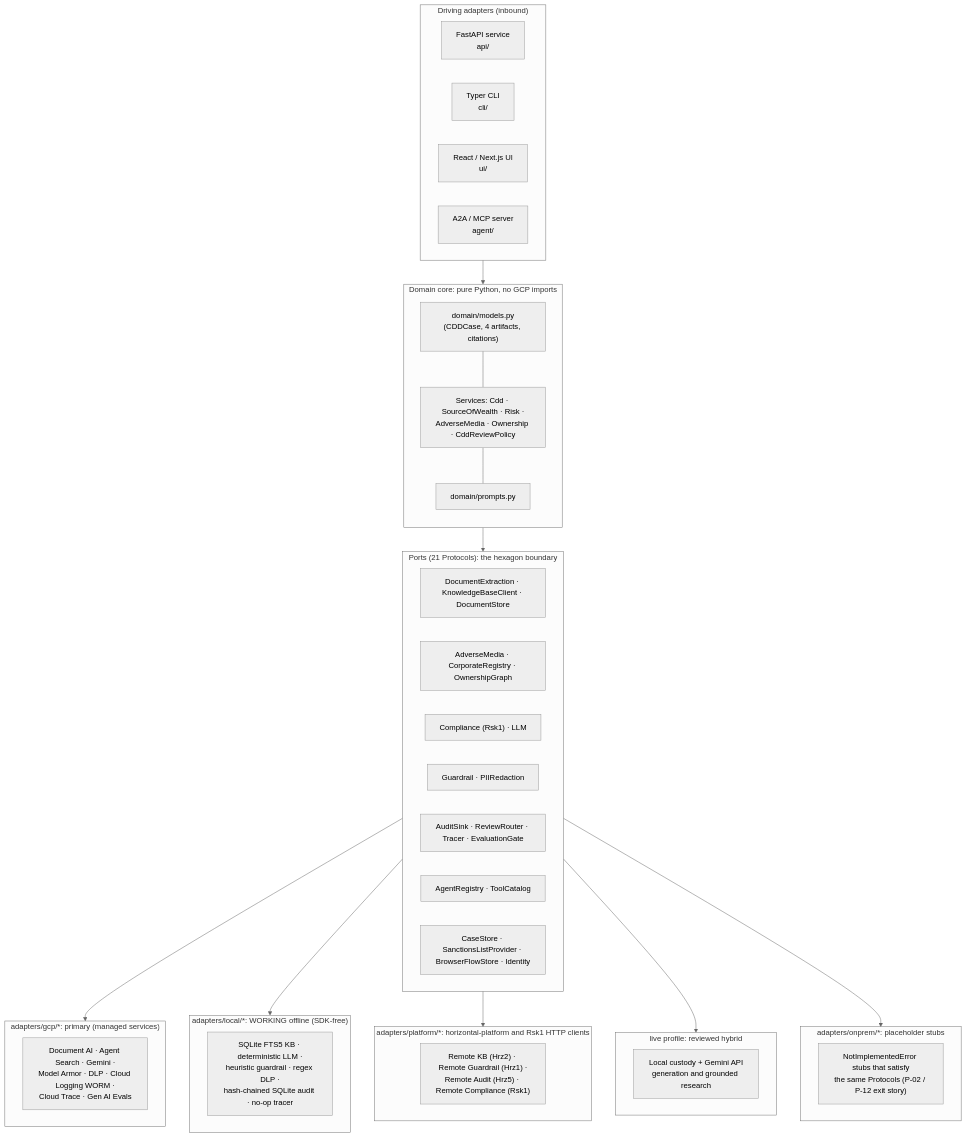
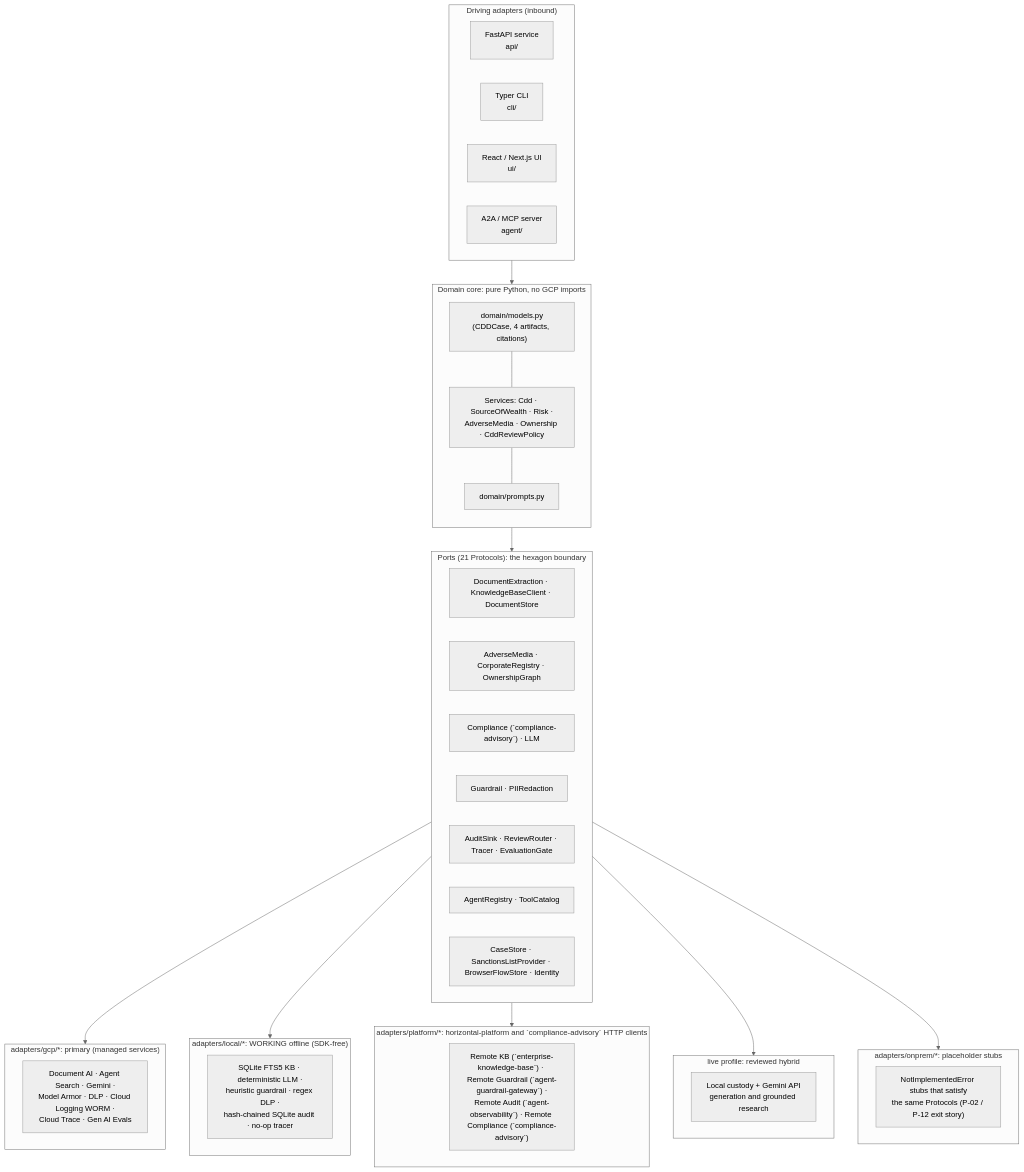
Before and after one commit to portable-genai/cdd-sow-research: the first of 3 diagrams in README.md, drawn with Mermaid (neutral theme). The commit also changed other lines of this file and 107 other files, not shown here.

````diff
--- a/README.md
+++ b/README.md
@@ -66,51 +64,51 @@
 ```mermaid
 flowchart TB
     subgraph edges["Driving adapters (inbound)"]
         API["FastAPI service<br/>api/"]
         CLI["Typer CLI<br/>cli/"]
         UI["React / Next.js UI<br/>ui/"]
         A2A["A2A / MCP server<br/>agent/"]
     end
 
     subgraph core["Domain core: pure Python, no GCP imports"]
         direction TB
         MODELS["domain/models.py<br/>(CDDCase, 4 artifacts, citations)"]
         SVCS["Services: Cdd · SourceOfWealth · Risk ·<br/>AdverseMedia · Ownership · CddReviewPolicy"]
         PROMPTS["domain/prompts.py"]
         MODELS --- SVCS --- PROMPTS
     end
 
     subgraph ports["Ports (21 Protocols): the hexagon boundary"]
         P1["DocumentExtraction · KnowledgeBaseClient · DocumentStore"]
         P2["AdverseMedia · CorporateRegistry · OwnershipGraph"]
-        P3["Compliance (Rsk1) · LLM"]
+        P3["Compliance (`compliance-advisory`) · LLM"]
         P4["Guardrail · PIIRedaction"]
         P5["AuditSink · ReviewRouter · Tracer · EvaluationGate"]
         P6["AgentRegistry · ToolCatalog"]
         P7["CaseStore · SanctionsListProvider · BrowserFlowStore · Identity"]
     end
 
     subgraph gcp["adapters/gcp/*: primary (managed services)"]
         G["Document AI · Agent Search · Gemini ·<br/>Model Armor · DLP · Cloud Logging WORM ·<br/>Cloud Trace · Gen AI Evals"]
     end
     subgraph loc["adapters/local/*: WORKING offline (SDK-free)"]
         LO["SQLite FTS5 KB · deterministic LLM ·<br/>heuristic guardrail · regex DLP ·<br/>hash-chained SQLite audit · no-op tracer"]
     end
-    subgraph plat["adapters/platform/*: horizontal-platform and Rsk1 HTTP clients"]
-        PL["Remote KB (Hrz2) · Remote Guardrail (Hrz1) ·<br/>Remote Audit (Hrz5) · Remote Compliance (Rsk1)"]
+    subgraph plat["adapters/platform/*: horizontal-platform and `compliance-advisory` HTTP clients"]
+        PL["Remote KB (`enterprise-knowledge-base`) · Remote Guardrail (`agent-guardrail-gateway`) ·<br/>Remote Audit (`agent-observability`) · Remote Compliance (`compliance-advisory`)"]
     end
     subgraph liv["live profile: reviewed hybrid"]
         LI["Local custody + Gemini API<br/>generation and grounded research"]
     end
     subgraph onp["adapters/onprem/*: placeholder stubs"]
         ON["NotImplementedError stubs that satisfy<br/>the same Protocols (P-02 / P-12 exit story)"]
     end
 
     edges --> core
     core --> ports
     ports --> gcp
     ports --> loc
     ports --> plat
     ports --> liv
     ports --> onp
 ```
````
